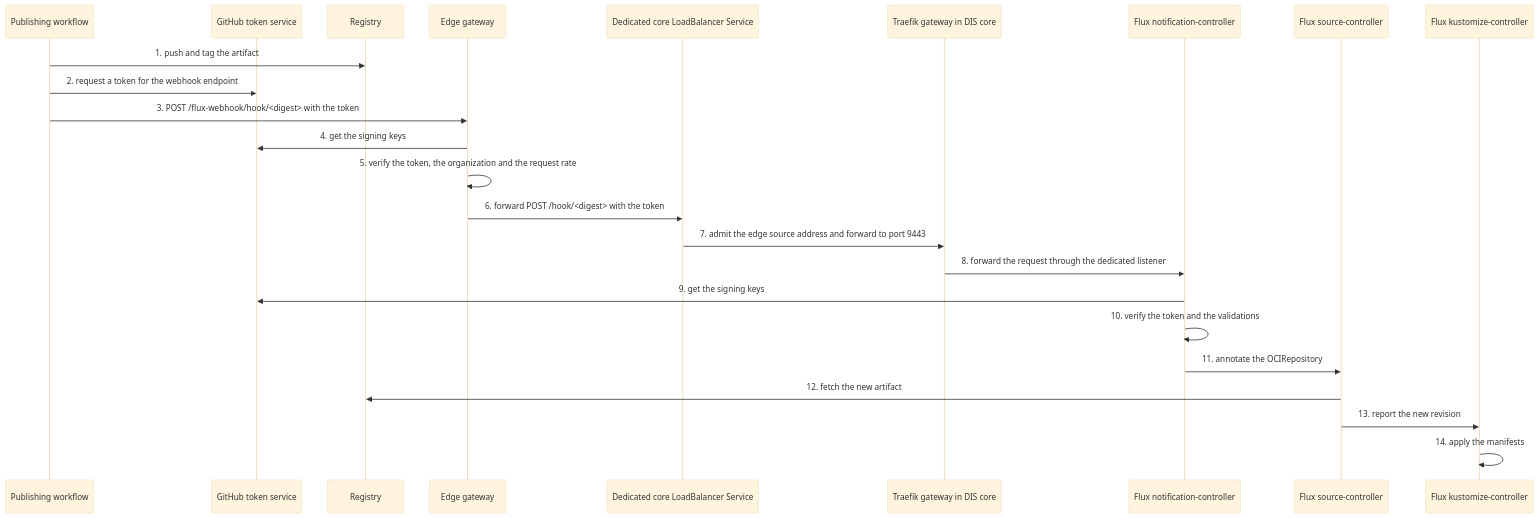
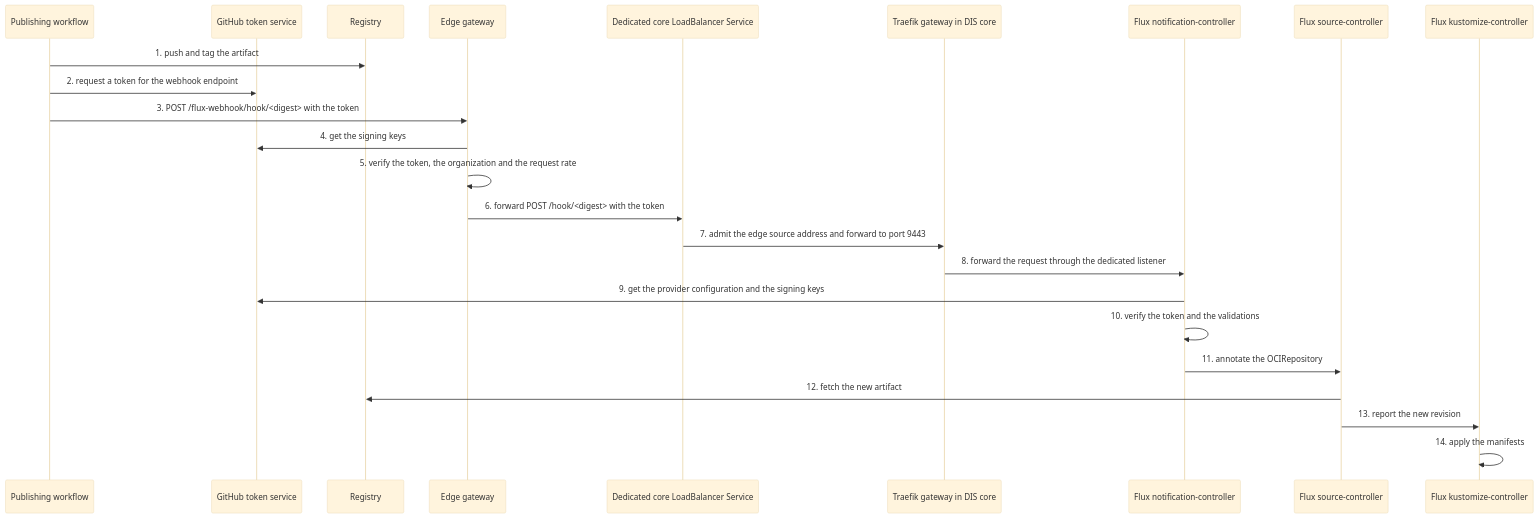
The second of 2 diagrams in rfcs/0017-on-demand-flux-reconcile.md (Altinn/altinn-platform), drawn with Mermaid (base theme) before and after one commit. The commit also changed other lines of this file, not shown here.

````diff
--- a/rfcs/0017-on-demand-flux-reconcile.md
+++ b/rfcs/0017-on-demand-flux-reconcile.md
@@ -208,26 +208,26 @@
 ```mermaid
 sequenceDiagram
     participant wf as Publishing workflow
     participant gh as GitHub token service
     participant acr as Registry
     participant eg as Edge gateway
     participant lb as Dedicated core LoadBalancer Service
     participant gw as Traefik gateway in DIS core
     participant nc as Flux notification-controller
     participant sc as Flux source-controller
     participant kc as Flux kustomize-controller
     wf->>acr: 1. push and tag the artifact
     wf->>gh: 2. request a token for the webhook endpoint
     wf->>eg: 3. POST /flux-webhook/hook/<digest> with the token
     eg->>gh: 4. get the signing keys
     eg->>eg: 5. verify the token, the organization and the request rate
     eg->>lb: 6. forward POST /hook/<digest> with the token
     lb->>gw: 7. admit the edge source address and forward to port 9443
     gw->>nc: 8. forward the request through the dedicated listener
-    nc->>gh: 9. get the signing keys
+    nc->>gh: 9. get the provider configuration and the signing keys
     nc->>nc: 10. verify the token and the validations
     nc->>sc: 11. annotate the OCIRepository
     sc->>acr: 12. fetch the new artifact
     sc->>kc: 13. report the new revision
     kc->>kc: 14. apply the manifests
 ```
````
